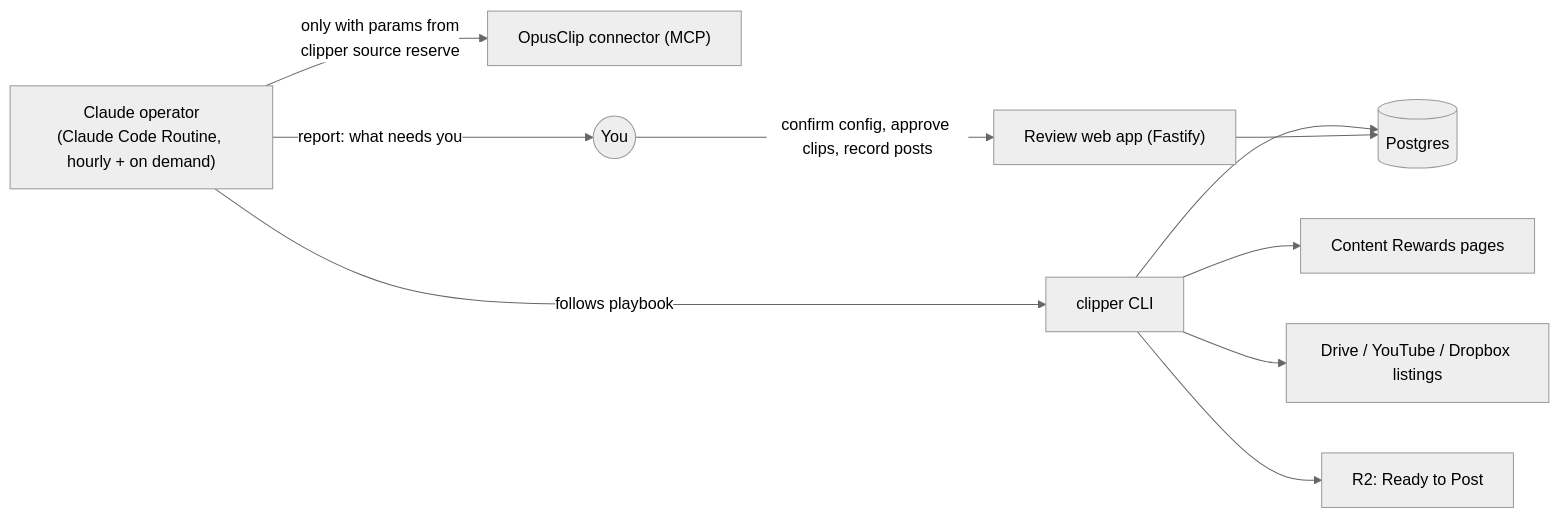
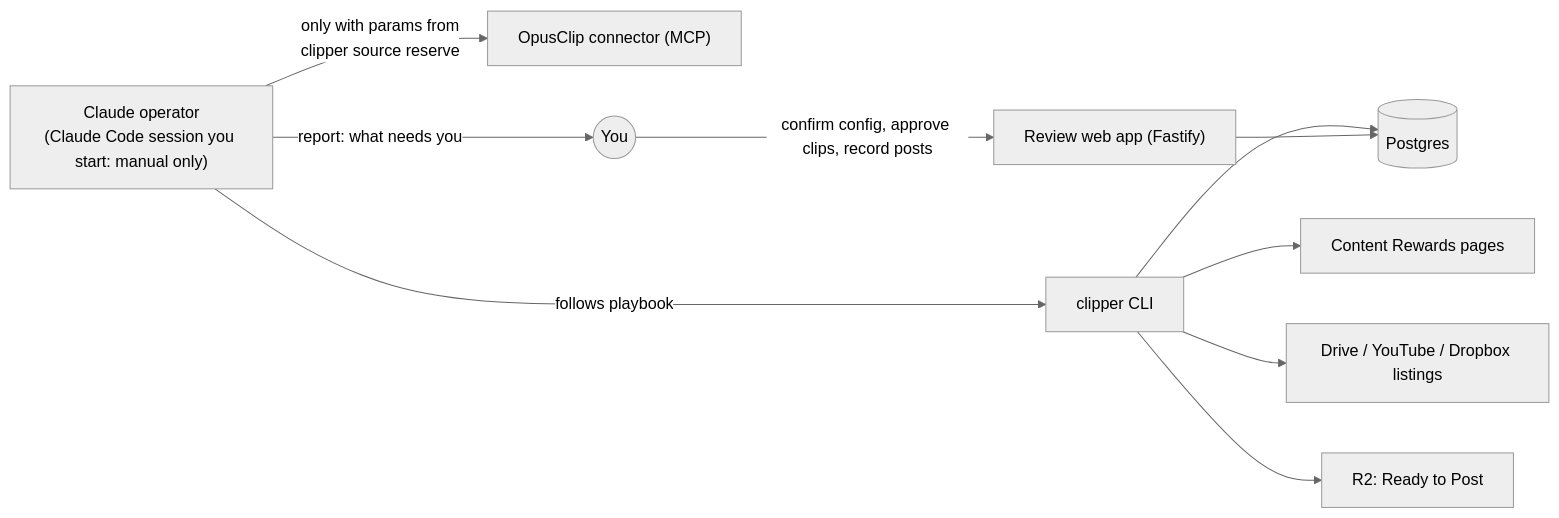
The diagram in docs/ARCHITECTURE.md (misterhedrick/clipper), drawn with Mermaid (neutral theme) before and after one commit. The commit also changed other lines of this file and 9 other files, not shown here.

First line of the commit message:
Make operator runs manual only: no scheduled Routine

````diff
--- a/docs/ARCHITECTURE.md
+++ b/docs/ARCHITECTURE.md
@@ -30,13 +30,13 @@
 ```mermaid
 flowchart LR
-  OP["Claude operator<br/>(Claude Code Routine, hourly + on demand)"]
+  OP["Claude operator<br/>(Claude Code session you start: manual only)"]
   OP -->|follows playbook| CLI["clipper CLI"]
   OP -->|only with params from<br/>clipper source reserve| OCM["OpusClip connector (MCP)"]
   CLI --> DB[(Postgres)]
   CLI --> CR["Content Rewards pages"]
   CLI --> SRC["Drive / YouTube / Dropbox listings"]
   CLI --> R2["R2: Ready to Post"]
   WEB["Review web app (Fastify)"] --> DB
   HUMAN(("You")) -->|confirm config, approve clips, record posts| WEB
   OP -->|report: what needs you| HUMAN
 ```
````
